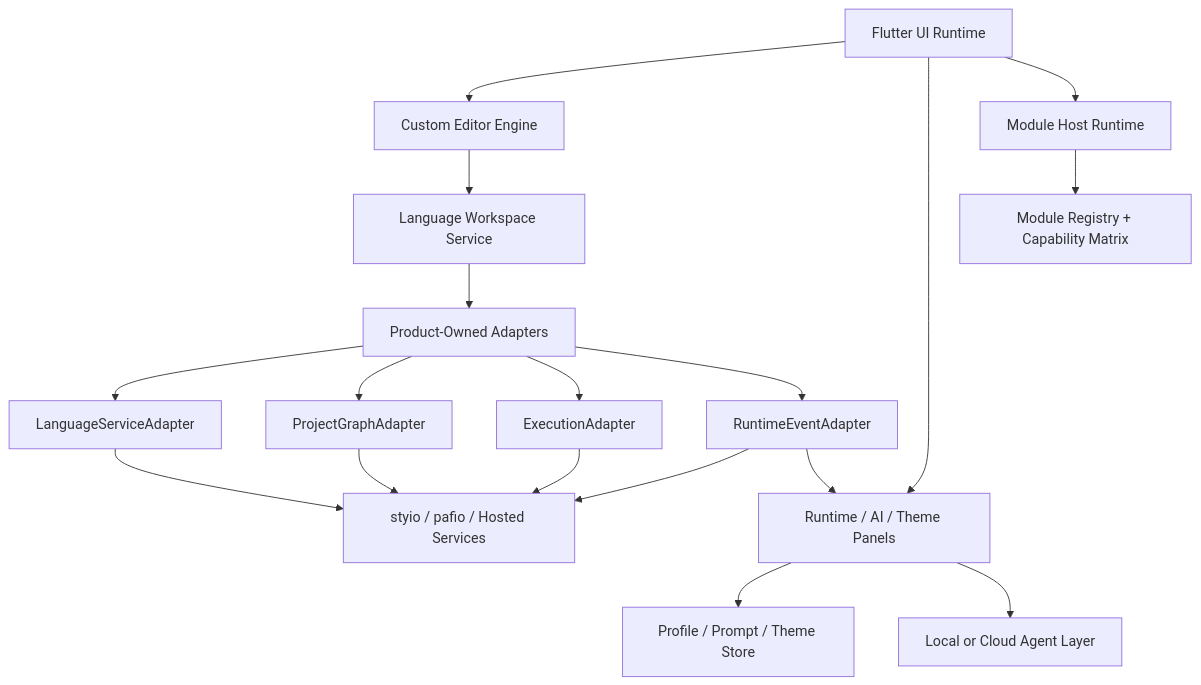
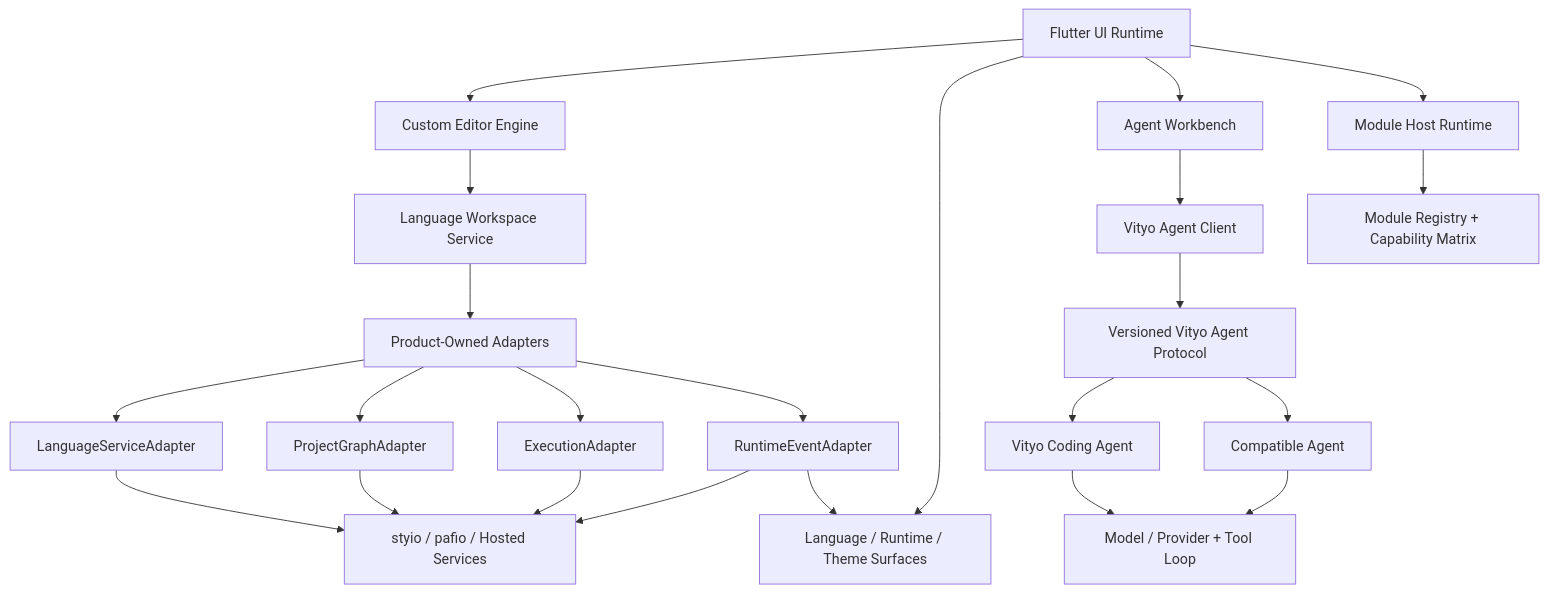
Before and after one commit to Unka-Malloc/styio-view: the diagram in docs/design/Vityo-System-Architecture.md, drawn with Mermaid. The commit also changed other lines of this file and 89 other files, not shown here.

Commit message:
docs: align Vityo agent-native IDE architecture

````diff
--- a/docs/design/Vityo-System-Architecture.md
+++ b/docs/design/Vityo-System-Architecture.md
@@ -13,20 +15,25 @@
 ```mermaid
 flowchart TB
   UI["Flutter UI Runtime"] --> Editor["Custom Editor Engine"]
-  UI --> Panels["Runtime / AI / Theme Panels"]
+  UI --> Surfaces["Language / Runtime / Theme Surfaces"]
+  UI --> Workbench["Agent Workbench"]
   UI --> Host["Module Host Runtime"]
   Host --> Registry["Module Registry + Capability Matrix"]
   Editor --> Lang["Language Workspace Service"]
   Lang --> Adapters["Product-Owned Adapters"]
   Adapters --> LS["LanguageServiceAdapter"]
   Adapters --> Graph["ProjectGraphAdapter"]
   Adapters --> Exec["ExecutionAdapter"]
   Adapters --> Events["RuntimeEventAdapter"]
   LS --> Upstream["styio / pafio / Hosted Services"]
   Graph --> Upstream
   Exec --> Upstream
   Events --> Upstream
-  Events --> Panels
-  Panels --> Profile["Profile / Prompt / Theme Store"]
-  Panels --> Agent["Local or Cloud Agent Layer"]
+  Events --> Surfaces
+  Workbench --> Client["Vityo Agent Client"]
+  Client --> Protocol["Versioned Vityo Agent Protocol"]
+  Protocol --> FirstParty["Vityo Coding Agent"]
+  Protocol --> Compatible["Compatible Agent"]
+  FirstParty --> Models["Model / Provider + Tool Loop"]
+  Compatible --> Models
 ```
````
